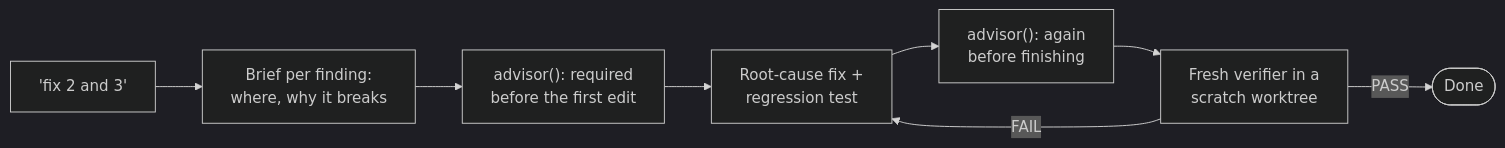
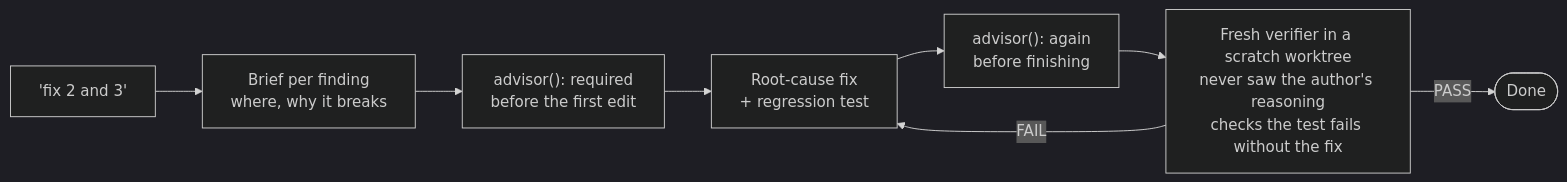
One commit to Adityaadpandey/melon-harness changed the sixth of 10 diagrams in README.md. Above: the diagram before and after it, drawn with Mermaid (dark theme). The commit also changed other lines of this file, not shown here.

Commit message:
README: rewrite around checked work, add the MiniMax M3 vs Sonnet 5.5 webhook round and diagrams for the flow, verify, review, context, memory, routing and safety

````diff
--- a/README.md
+++ b/README.md
@@ -615,10 +352,10 @@
 ```mermaid
 flowchart LR
-    F["'fix 2 and 3'"] --> BR["Brief per finding:<br/>where, why it breaks"]
-    BR --> ADV1["advisor(): required<br/>before the first edit"]
-    ADV1 --> EDIT["Root-cause fix +<br/>regression test"]
-    EDIT --> ADV2["advisor(): again<br/>before finishing"]
-    ADV2 --> FV["Fresh verifier in a<br/>scratch worktree"]
+    F["'fix 2 and 3'"] --> BR["Brief per finding<br/>where, why it breaks"]
+    BR --> A1["advisor(): required<br/>before the first edit"]
+    A1 --> ED["Root-cause fix<br/>+ regression test"]
+    ED --> A2["advisor(): again<br/>before finishing"]
+    A2 --> FV["Fresh verifier in a scratch worktree<br/>never saw the author's reasoning<br/>checks the test fails without the fix"]
     FV -->|PASS| DONE([Done])
-    FV -->|FAIL| EDIT
+    FV -->|FAIL| ED
 ```
````
